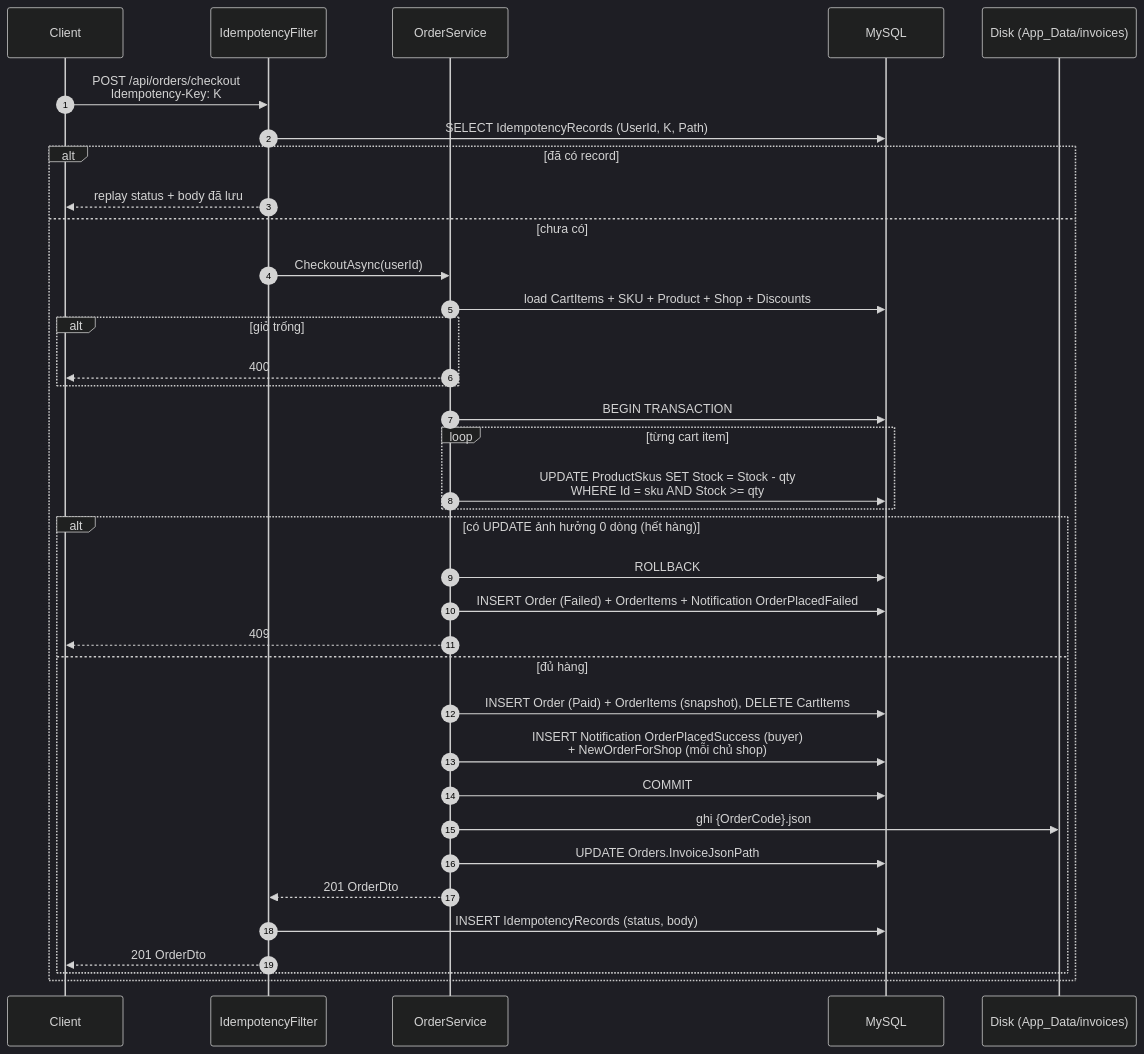
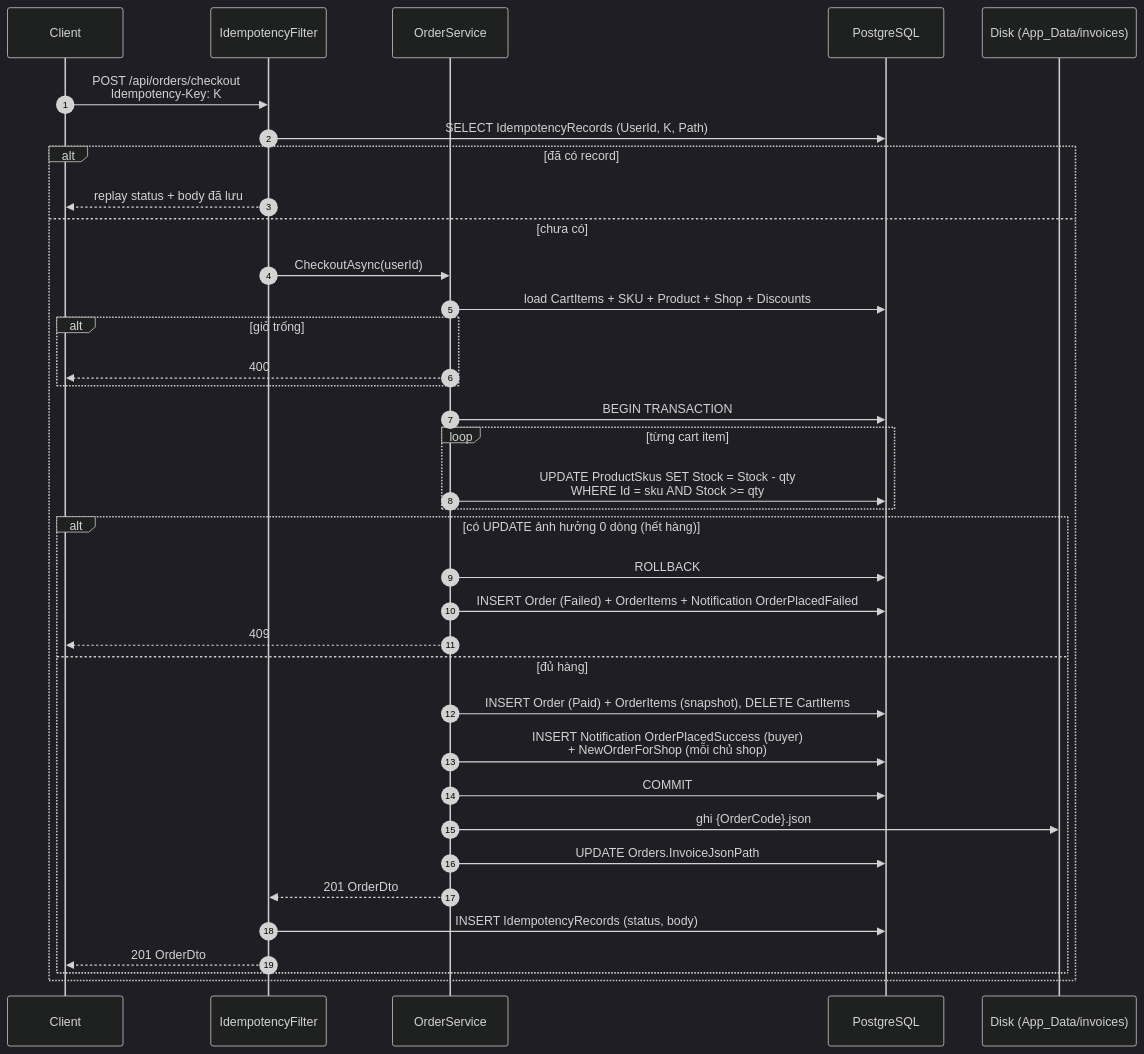
Before and after one commit to huynhtam258/ShopeeMini.Backend: the fourth of 4 diagrams in docs/architecture.md, drawn with Mermaid (dark theme). The commit also changed other lines of this file and 22 other files, not shown here.

````diff
--- a/docs/architecture.md
+++ b/docs/architecture.md
@@ -274,39 +274,39 @@
 ```mermaid
 sequenceDiagram
     autonumber
     participant C as Client
     participant F as IdempotencyFilter
     participant S as OrderService
-    participant DB as MySQL
+    participant DB as PostgreSQL
     participant FS as Disk (App_Data/invoices)
 
     C->>F: POST /api/orders/checkout<br/>Idempotency-Key: K
     F->>DB: SELECT IdempotencyRecords (UserId, K, Path)
     alt đã có record
         F-->>C: replay status + body đã lưu
     else chưa có
         F->>S: CheckoutAsync(userId)
         S->>DB: load CartItems + SKU + Product + Shop + Discounts
         alt giỏ trống
             S-->>C: 400
         end
         S->>DB: BEGIN TRANSACTION
         loop từng cart item
             S->>DB: UPDATE ProductSkus SET Stock = Stock - qty<br/>WHERE Id = sku AND Stock >= qty
         end
         alt có UPDATE ảnh hưởng 0 dòng (hết hàng)
             S->>DB: ROLLBACK
             S->>DB: INSERT Order (Failed) + OrderItems + Notification OrderPlacedFailed
             S-->>C: 409
         else đủ hàng
             S->>DB: INSERT Order (Paid) + OrderItems (snapshot), DELETE CartItems
             S->>DB: INSERT Notification OrderPlacedSuccess (buyer)<br/>+ NewOrderForShop (mỗi chủ shop)
             S->>DB: COMMIT
             S->>FS: ghi {OrderCode}.json
             S->>DB: UPDATE Orders.InvoiceJsonPath
             S-->>F: 201 OrderDto
             F->>DB: INSERT IdempotencyRecords (status, body)
             F-->>C: 201 OrderDto
         end
     end
 ```
````
